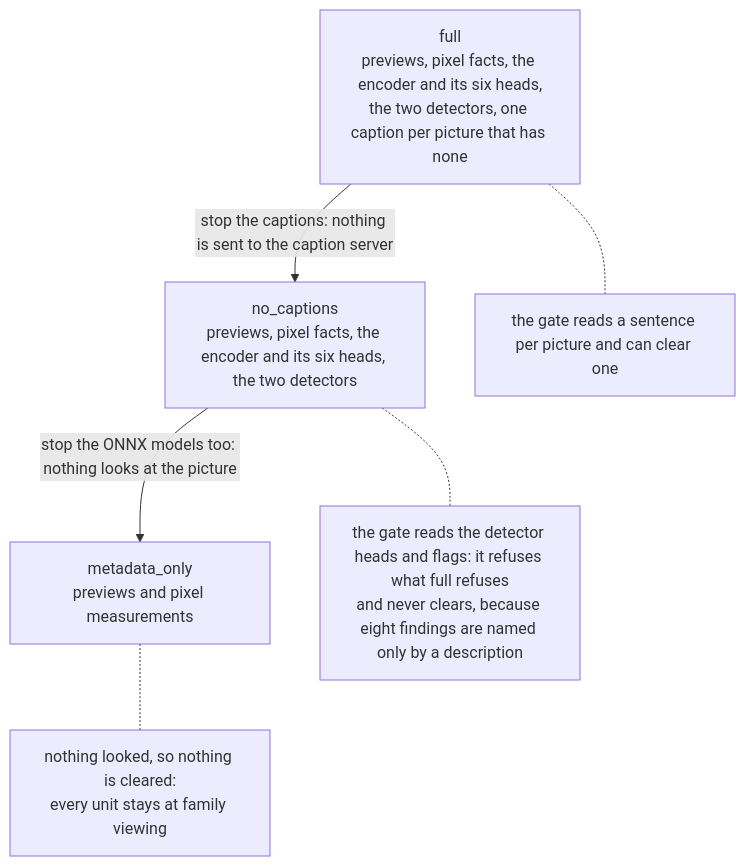
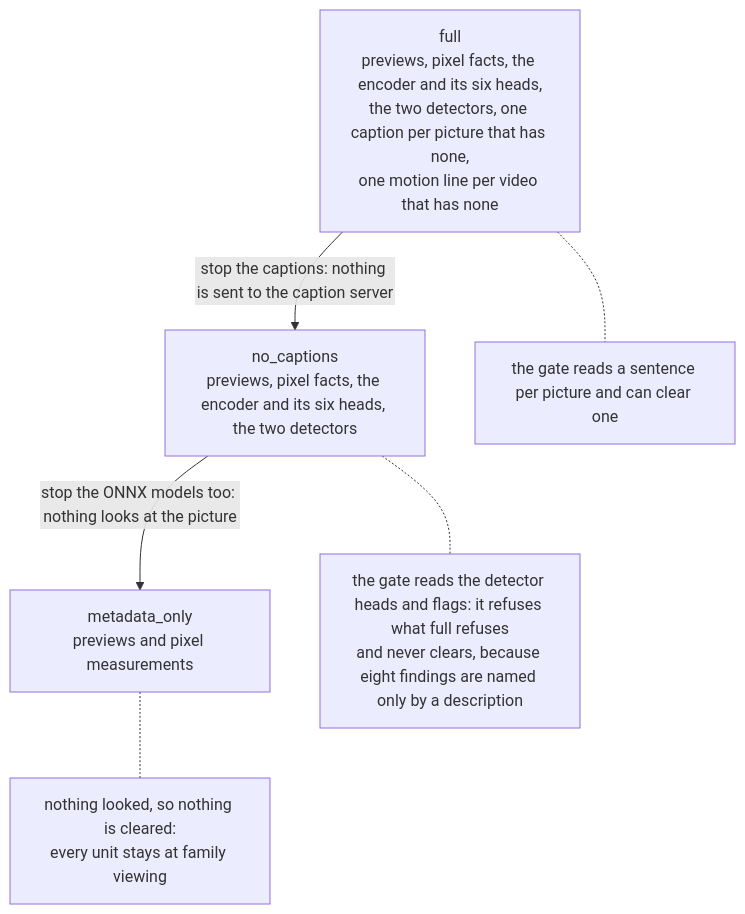
Before and after one commit to chenzeyan54-commits/immich-video-memory-generator: the diagram in docs-site/docs/deploy/configuration/editorial-preparation.md, drawn with Mermaid. The commit also changed other lines of this file and 51 other files, not shown here.

````diff
--- a/docs-site/docs/deploy/configuration/editorial-preparation.md
+++ b/docs-site/docs/deploy/configuration/editorial-preparation.md
@@ -25,12 +25,12 @@
 ```mermaid
 flowchart TB
-    full["full<br/>previews, pixel facts, the encoder and its six heads,<br/>the two detectors, one caption per picture that has none"]
+    full["full<br/>previews, pixel facts, the encoder and its six heads,<br/>the two detectors, one caption per picture that has none,<br/>one motion line per video that has none"]
     full -->|"stop the captions: nothing is sent to the caption server"| nocap
     nocap["no_captions<br/>previews, pixel facts, the encoder and its six heads, the two detectors"]
     nocap -->|"stop the ONNX models too: nothing looks at the picture"| meta
     meta["metadata_only<br/>previews and pixel measurements"]
 
     full -.- fullgate["the gate reads a sentence per picture and can clear one"]
     nocap -.- nocapgate["the gate reads the detector heads and flags: it refuses what full refuses<br/>and never clears, because eight findings are named only by a description"]
     meta -.- metagate["nothing looked, so nothing is cleared:<br/>every unit stays at family viewing"]
 ```
````
